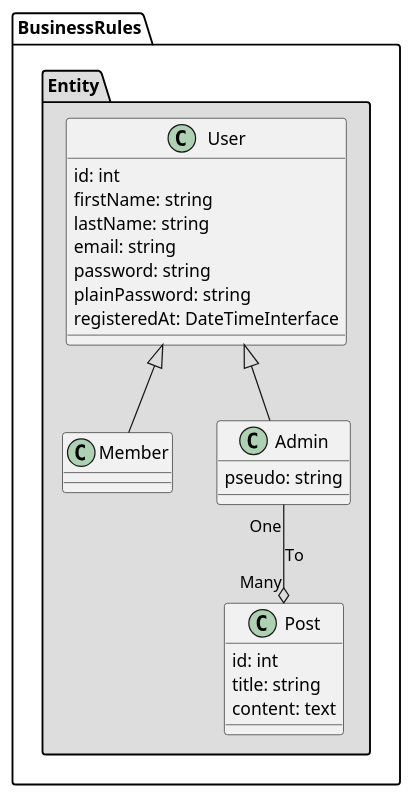
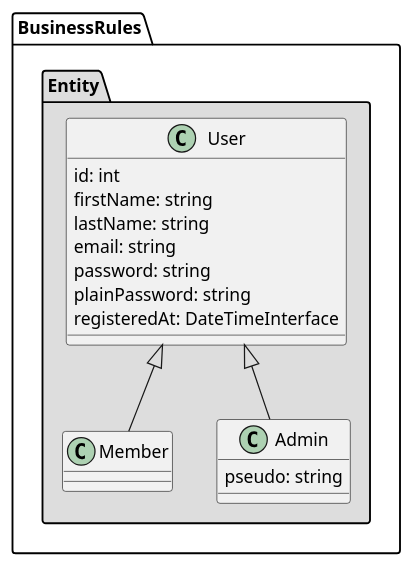
The diagram in features/class_diagram.puml (jusdepixel/base), drawn with PlantUML before and after one commit. The commit also changed 3 other files, not shown here.

```diff
--- a/features/class_diagram.puml
+++ b/features/class_diagram.puml
@@ -1,37 +1,29 @@
 @startuml
 
 package "BusinessRules" #fff {
 
     package "Entity" #ddd {
 
         class User {
             {field} id: int
             {field} firstName: string
             {field} lastName: string
             {field} email: string
             {field} password: string
             {field} plainPassword: string
             {field} registeredAt: DateTimeInterface
         }
 
         class Member {
         }
 
         class Admin {
             {field} pseudo: string
         }
 
-        class Post {
-            {field} id: int
-            {field} title: string
-            {field} content: text
-        }
-
         User <|-- Member
         User <|-- Admin
-
-        Admin "One" --o "Many" Post : To
     }
 }
 
 @enduml
```
